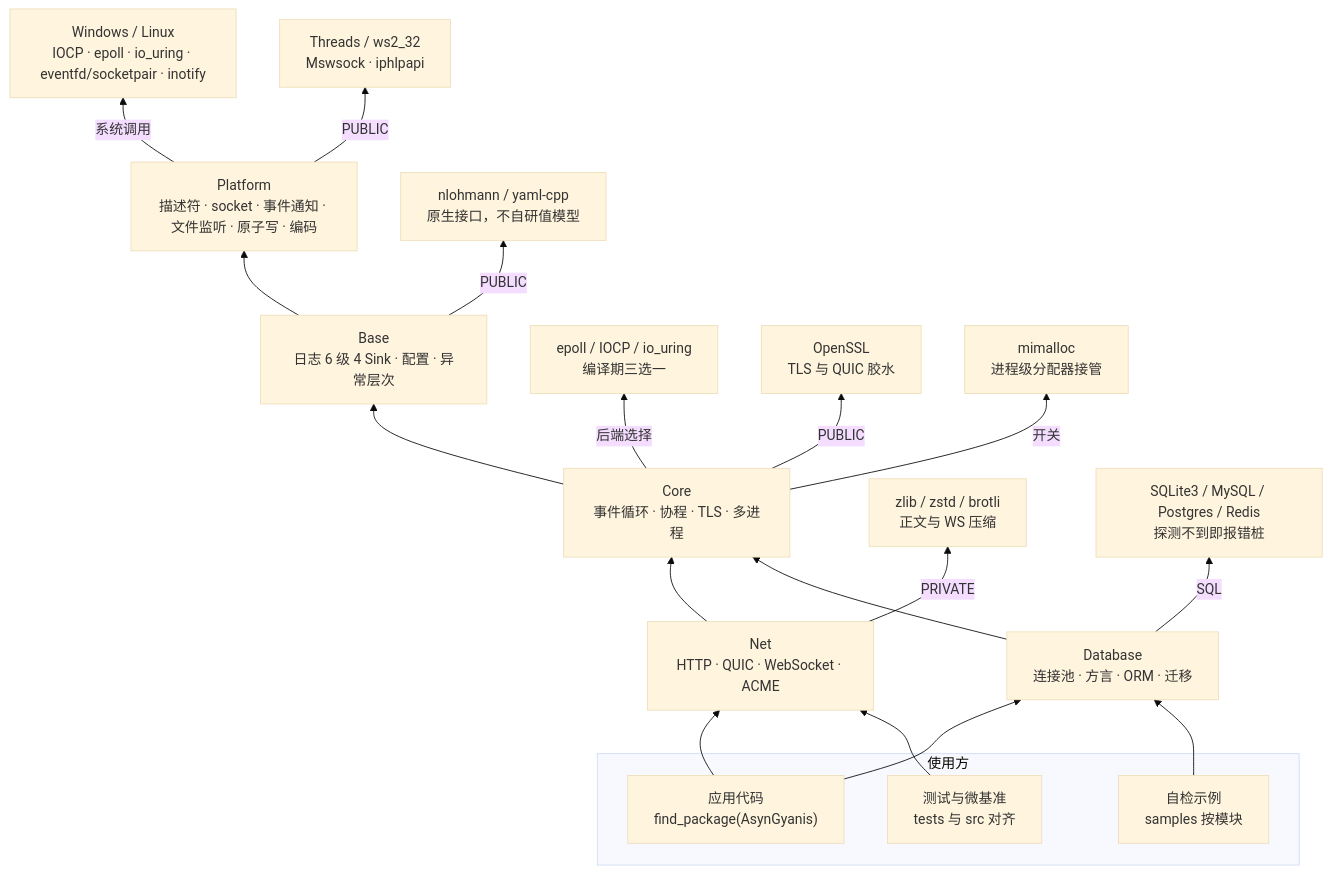
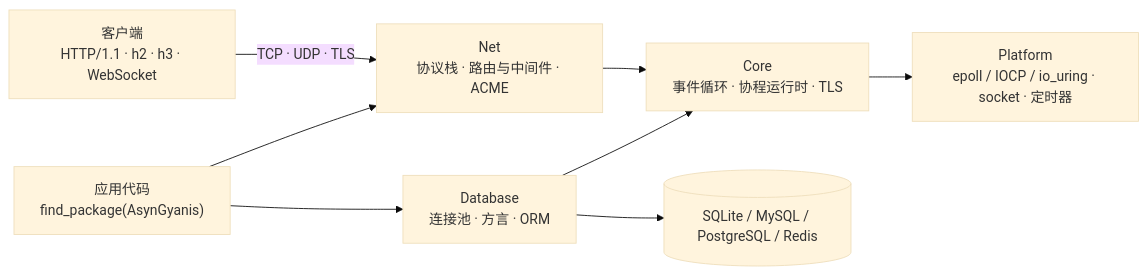
The diagram in README.md (Gyanis9/AsynGyanis), drawn with Mermaid (base theme) before and after one commit. The commit also changed other lines of this file and 1 other file, not shown here.

Commit message:
docs(README): 架构图收敛为七节点主干，全量依赖图下沉到架构设计
README 的 16 节点 flowchart 换成七节点主干：客户端 → Net → Core → Platform，
应用代码并列消费 Net 与 Database，Database 落到四种存储，读一眼能看出「谁进谁」。
证据行跟着收缩到只支撑这张图的十二条锚点，要点留三条（静态/共享默认、命名空间与
include 起点、指向全图的入口），其余十一条与完整证据行整体搬进架构设计。

架构设计新增「构建级依赖全图」一节，放在事件循环时序图之前：构建级全图管「哪个
模块链哪个、第三方库从哪接进来、三个事件后端从哪来」，README 只留主干与入口，
两份文件不重复同一条主张。

渲染：抽出十块逐块渲染全部 rc=0（01 53298 B、02 64174 B、03 99123 B、04 131276 B、
05 72886 B、06 336704 B、07 215004 B、08 148787 B、09 135775 B、10 104483 B）。
check-mermaid.py：MERMAID_BLOCKS=10 FILES=7 PROBLEMS=0——比先前的九块多一块，
新增的正是下沉过来的全量依赖图。
check-arch-traceability.py：TOTAL_PROSE_REFS 414 → 426、FAIL=0、WARN=20，增量 12
就是 README 新证据行的条数，旧证据行原样搬进架构设计，行数未增减。

````diff
--- a/README.md
+++ b/README.md
@@ -48,38 +50,18 @@
 ```mermaid
-flowchart BT
-    subgraph consumers["使用方"]
-        app["应用代码<br/>find_package(AsynGyanis)"]
-        samples["自检示例<br/>samples 按模块"]
-        tests["测试与微基准<br/>tests 与 src 对齐"]
-    end
-    net["Net<br/>HTTP · QUIC · WebSocket · ACME"]
-    database["Database<br/>连接池 · 方言 · ORM · 迁移"]
-    core["Core<br/>事件循环 · 协程 · TLS · 多进程"]
-    base["Base<br/>日志 6 级 4 Sink · 配置 · 异常层次"]
-    platform["Platform<br/>描述符 · socket · 事件通知 · 文件监听 · 原子写 · 编码"]
-    backends["epoll / IOCP / io_uring<br/>编译期三选一"]
-    os["Windows / Linux<br/>IOCP · epoll · io_uring · eventfd/socketpair · inotify"]
-    crypto["OpenSSL<br/>TLS 与 QUIC 胶水"]
-    compress["zlib / zstd / brotli<br/>正文与 WS 压缩"]
-    drivers["SQLite3 / MySQL / Postgres / Redis<br/>探测不到即报错桩"]
-    format["nlohmann / yaml-cpp<br/>原生接口，不自研值模型"]
-    syslibs["Threads / ws2_32<br/>Mswsock · iphlpapi"]
-    mimalloc["mimalloc<br/>进程级分配器接管"]
+flowchart LR
+    client["客户端<br/>HTTP/1.1 · h2 · h3 · WebSocket"]
+    app["应用代码<br/>find_package(AsynGyanis)"]
+    net["Net<br/>协议栈 · 路由与中间件 · ACME"]
+    db["Database<br/>连接池 · 方言 · ORM"]
+    core["Core<br/>事件循环 · 协程运行时 · TLS"]
+    platform["Platform<br/>epoll / IOCP / io_uring · socket · 定时器"]
+    store[("SQLite / MySQL / PostgreSQL / Redis")]
 
+    client -->|"TCP · UDP · TLS"| net
     app --> net
-    app --> database
-    samples --> database
-    tests --> net
     net --> core
-    database --> core
-    core --> base
-    base --> platform
-    platform -->|系统调用| os
-    net -->|PRIVATE| compress
-    database -->|SQL| drivers
-    core -->|后端选择| backends
-    core -->|开关| mimalloc
-    core -->|PUBLIC| crypto
-    base -->|PUBLIC| format
-    platform -->|PUBLIC| syslibs
+    app --> db
+    db --> core
+    core --> platform
+    db --> store
 ```
````
